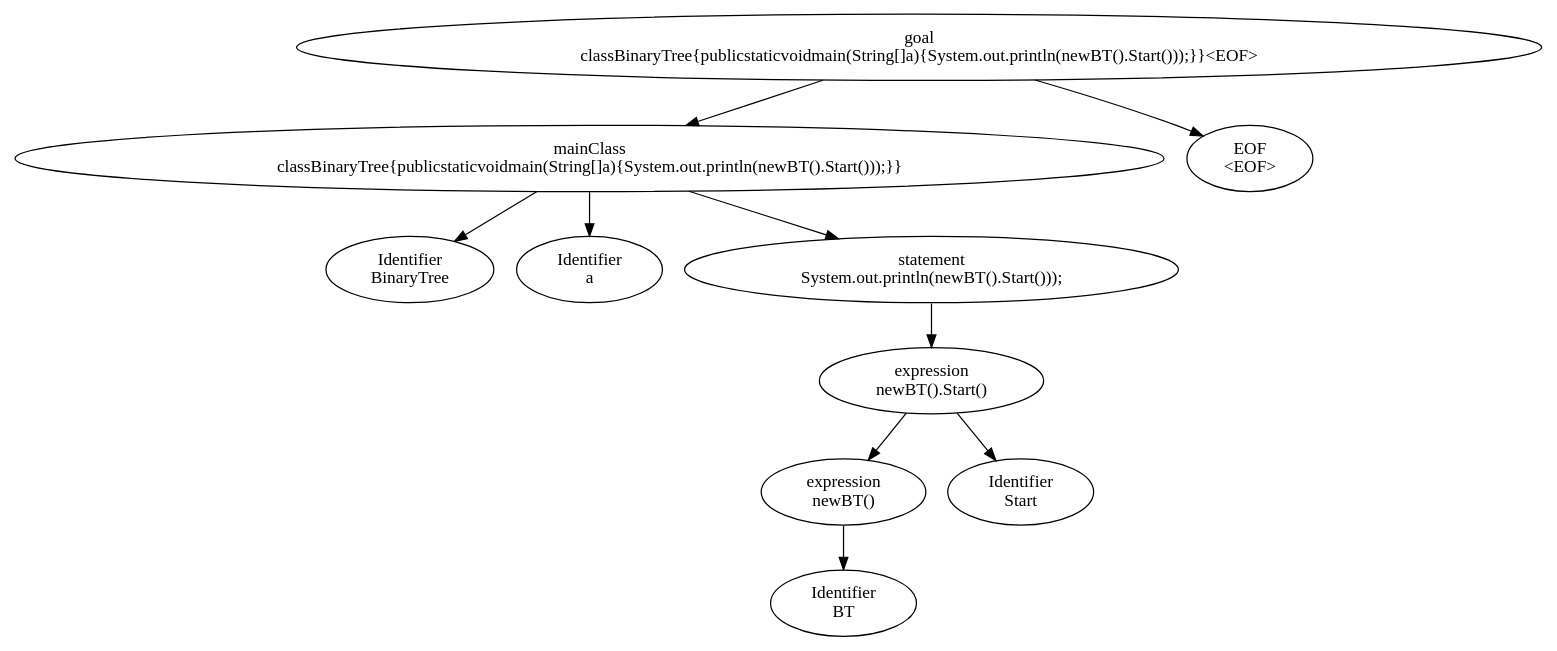
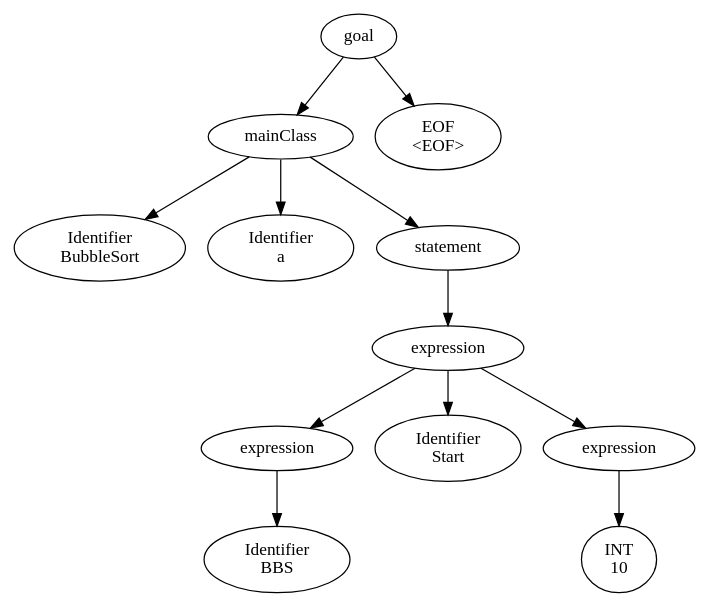
One commit to yixuan-wei/compileWW changed the diagram in src/draw/test.dot. Above: the diagram before and after it, drawn with Graphviz. The commit also changed 3 other files, not shown here.

```diff
--- a/src/draw/test.dot
+++ b/src/draw/test.dot
@@ -1,31 +1,31 @@
 digraph AST{
-0[label="goal
-classBinaryTree{publicstaticvoidmain(String[]a){System.out.println(newBT().Start()));}}<EOF>"]
-00[label="mainClass
-classBinaryTree{publicstaticvoidmain(String[]a){System.out.println(newBT().Start()));}}"]
+0[label="goal"]
+00[label="mainClass"]
 0->00
 000[label="Identifier
-BinaryTree"]
+BubbleSort"]
 00->000
 001[label="Identifier
 a"]
 00->001
-002[label="statement
-System.out.println(newBT().Start()));"]
+002[label="statement"]
 00->002
-0020[label="expression
-newBT().Start()"]
+0020[label="expression"]
 002->0020
-00200[label="expression
-newBT()"]
+00200[label="expression"]
 0020->00200
 002000[label="Identifier
-BT"]
+BBS"]
 00200->002000
 00201[label="Identifier
 Start"]
 0020->00201
+00202[label="expression"]
+0020->00202
+002020[label="INT
+10"]
+00202->002020
 01[label="EOF
 <EOF>"]
 0->01
 }
```
